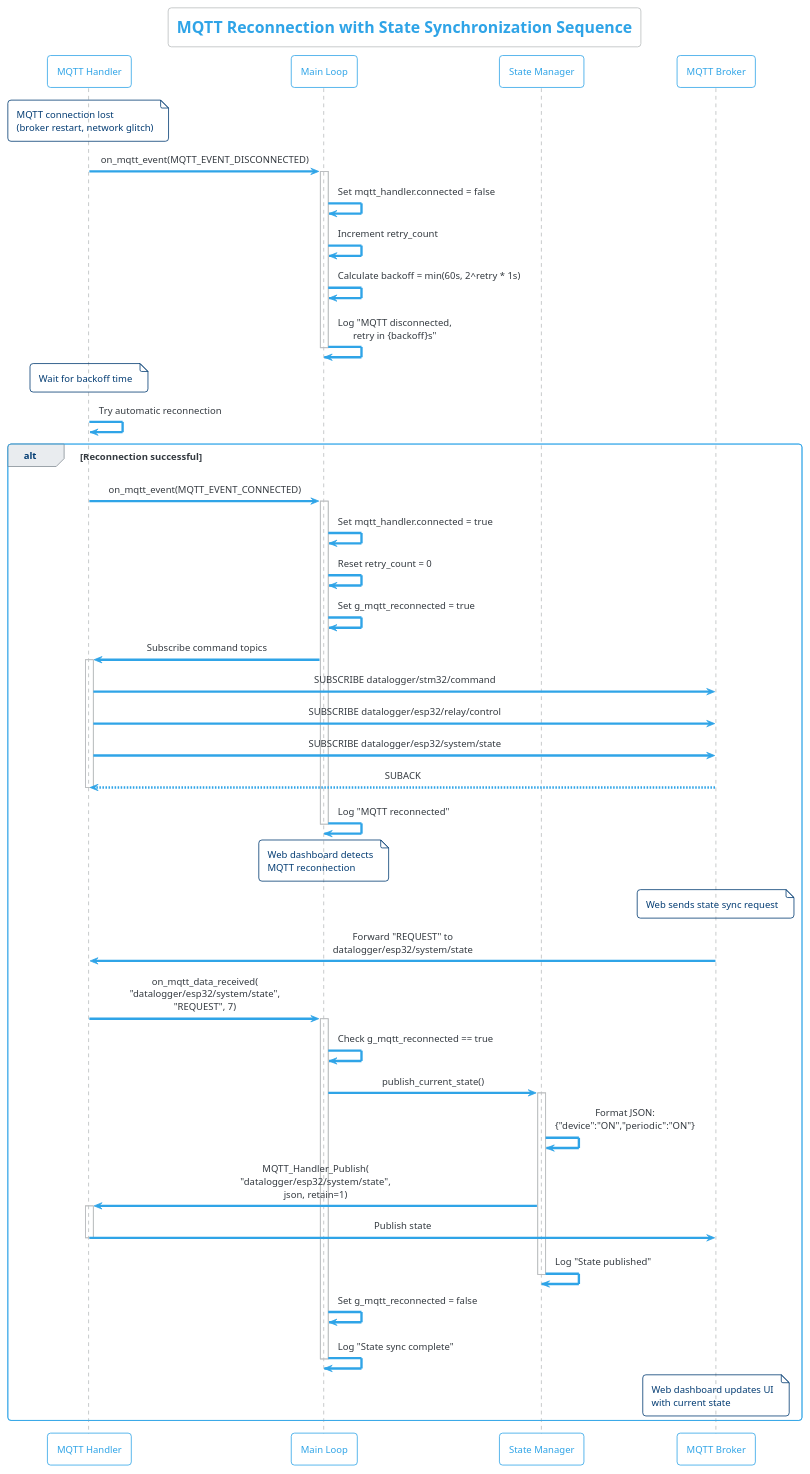
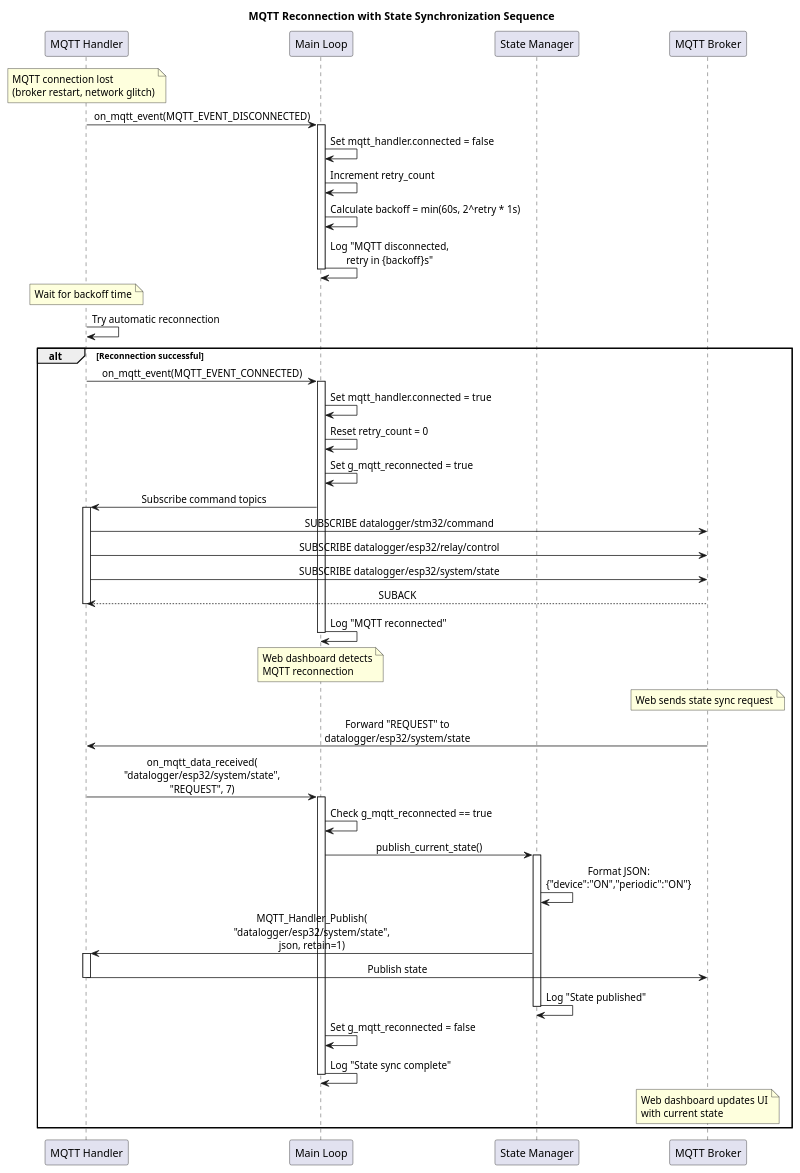
Before and after one commit to meeTeam05/datalogger: the diagram in documents/esp32/diagrams/sequence_diagrams/Mqtt_Reconnection_with_State_Sync.puml, drawn with PlantUML. The commit also changed 7 other files, not shown here.

Commit message:
fix(docs): remove cerulean-outline theme from sequence diagrams for consistency in styling

```diff
--- a/documents/esp32/diagrams/sequence_diagrams/Mqtt_Reconnection_with_State_Sync.puml
+++ b/documents/esp32/diagrams/sequence_diagrams/Mqtt_Reconnection_with_State_Sync.puml
@@ -1,72 +1,71 @@
 @startuml Mqtt_Reconnection_with_State_Sync
-!theme cerulean-outline
 skinparam sequenceMessageAlign center
 skinparam responseMessageBelowArrow true
 skinparam BoxPadding 10
 
 title MQTT Reconnection with State Synchronization Sequence
 
 participant "MQTT Handler" as MQTT
 participant "Main Loop" as Main
 participant "State Manager" as State
 participant "MQTT Broker" as Broker
 
 note over MQTT: MQTT connection lost\n(broker restart, network glitch)
 
 MQTT -> Main: on_mqtt_event(MQTT_EVENT_DISCONNECTED)
 activate Main
 Main -> Main: Set mqtt_handler.connected = false
 Main -> Main: Increment retry_count
 Main -> Main: Calculate backoff = min(60s, 2^retry * 1s)
 Main -> Main: Log "MQTT disconnected,\nretry in {backoff}s"
 deactivate Main
 
 note over MQTT: Wait for backoff time
 
 MQTT -> MQTT: Try automatic reconnection
 
 alt Reconnection successful
     MQTT -> Main: on_mqtt_event(MQTT_EVENT_CONNECTED)
     activate Main
     Main -> Main: Set mqtt_handler.connected = true
     Main -> Main: Reset retry_count = 0
     Main -> Main: Set g_mqtt_reconnected = true
 
     Main -> MQTT: Subscribe command topics
     activate MQTT
     MQTT -> Broker: SUBSCRIBE datalogger/stm32/command
     MQTT -> Broker: SUBSCRIBE datalogger/esp32/relay/control
     MQTT -> Broker: SUBSCRIBE datalogger/esp32/system/state
     Broker --> MQTT: SUBACK
     deactivate MQTT
 
     Main -> Main: Log "MQTT reconnected"
     deactivate Main
 
     note over Main: Web dashboard detects\nMQTT reconnection
 
     note over Broker: Web sends state sync request
     Broker -> MQTT: Forward "REQUEST" to\ndatalogger/esp32/system/state
 
     MQTT -> Main: on_mqtt_data_received(\n"datalogger/esp32/system/state",\n"REQUEST", 7)
     activate Main
     Main -> Main: Check g_mqtt_reconnected == true
 
     Main -> State: publish_current_state()
     activate State
     State -> State: Format JSON:\n{"device":"ON","periodic":"ON"}
     State -> MQTT: MQTT_Handler_Publish(\n"datalogger/esp32/system/state",\njson, retain=1)
     activate MQTT
     MQTT -> Broker: Publish state
     deactivate MQTT
     State -> State: Log "State published"
     deactivate State
 
     Main -> Main: Set g_mqtt_reconnected = false
     Main -> Main: Log "State sync complete"
     deactivate Main
 
     note over Broker: Web dashboard updates UI\nwith current state
 end
 
 @enduml
```
